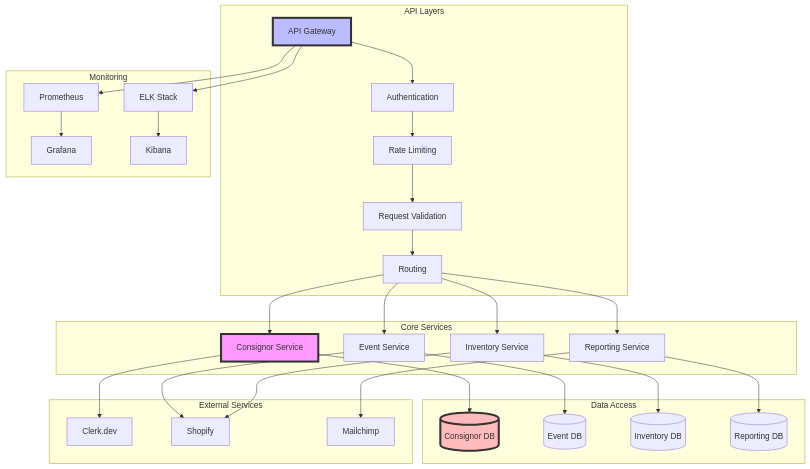
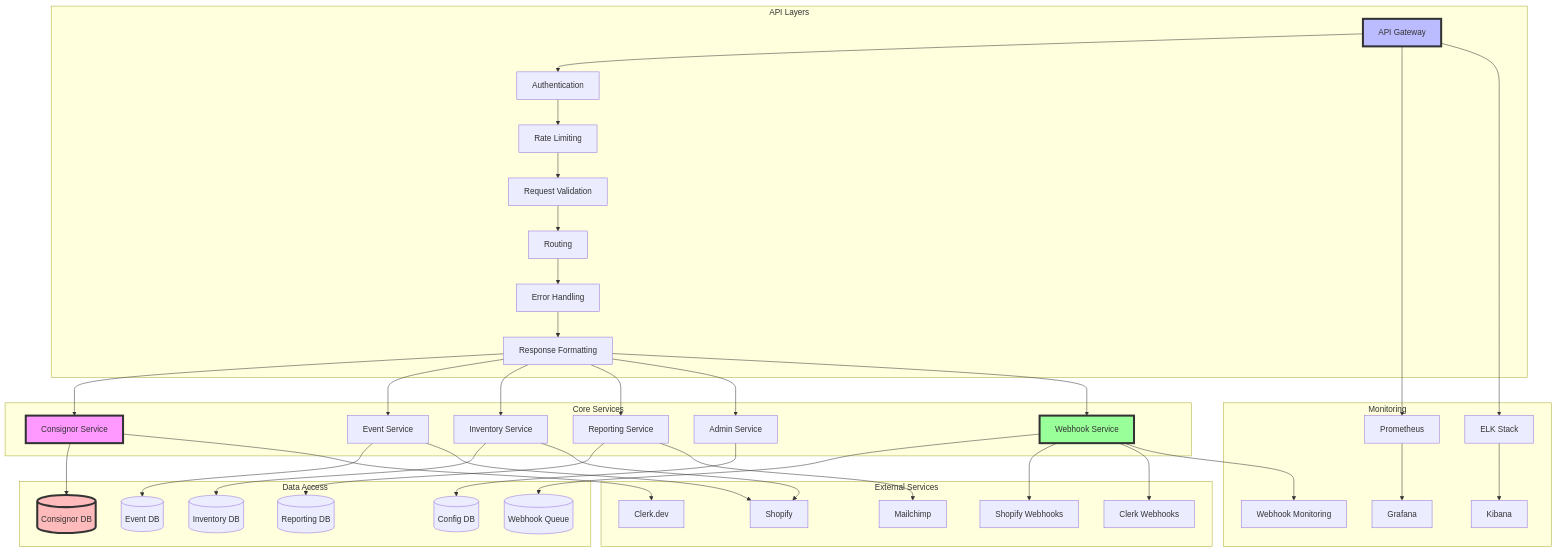
One commit to atEverychance/ProjectCR changed the diagram in docs/diagrams/api-architecture.mmd. Above: the diagram before and after it, drawn with Mermaid. The commit also changed 1 other file, not shown here.

Commit message:
docs: enhance API architecture diagram and update checklist

```diff
--- a/docs/diagrams/api-architecture.mmd
+++ b/docs/diagrams/api-architecture.mmd
@@ -1,39 +1,59 @@
 graph TD
     subgraph "API Layers"
         A[API Gateway] --> B[Authentication]
         B --> C[Rate Limiting]
         C --> D[Request Validation]
         D --> E[Routing]
+        E --> F[Error Handling]
+        F --> G[Response Formatting]
     end
     
     subgraph "Core Services"
-        E --> F[Consignor Service]
-        E --> G[Event Service]
-        E --> H[Inventory Service]
-        E --> I[Reporting Service]
+        G --> H[Consignor Service]
+        G --> I[Event Service]
+        G --> J[Inventory Service]
+        G --> K[Reporting Service]
+        G --> L[Admin Service]
+        G --> M[Webhook Service]
     end
     
     subgraph "Data Access"
-        F --> J[(Consignor DB)]
-        G --> K[(Event DB)]
-        H --> L[(Inventory DB)]
-        I --> M[(Reporting DB)]
+        H --> N[(Consignor DB)]
+        I --> O[(Event DB)]
+        J --> P[(Inventory DB)]
+        K --> Q[(Reporting DB)]
+        L --> R[(Config DB)]
+        M --> S[(Webhook Queue)]
     end
     
     subgraph "External Services"
-        F --> N[Clerk.dev]
-        G --> O[Shopify]
-        H --> O
-        I --> P[Mailchimp]
+        H --> T[Clerk.dev]
+        I --> U[Shopify]
+        J --> U
+        K --> V[Mailchimp]
+        M --> W[Shopify Webhooks]
+        M --> X[Clerk Webhooks]
     end
     
     subgraph "Monitoring"
-        Q[Prometheus] --> R[Grafana]
-        S[ELK Stack] --> T[Kibana]
-        A --> Q
-        A --> S
+        Y[Prometheus] --> Z[Grafana]
+        AA[ELK Stack] --> AB[Kibana]
+        A --> Y
+        A --> AA
+        M --> AC[Webhook Monitoring]
     end
     
     style A fill:#bbf,stroke:#333,stroke-width:4px
-    style F fill:#f9f,stroke:#333,stroke-width:4px
-    style J fill:#fbb,stroke:#333,stroke-width:4px
+    style H fill:#f9f,stroke:#333,stroke-width:4px
+    style N fill:#fbb,stroke:#333,stroke-width:4px
+    style M fill:#9f9,stroke:#333,stroke-width:4px
+    
+    classDef gateway fill:#bbf,stroke:#333,stroke-width:4px
+    classDef service fill:#f9f,stroke:#333,stroke-width:4px
+    classDef database fill:#fbb,stroke:#333,stroke-width:4px
+    classDef webhook fill:#9f9,stroke:#333,stroke-width:4px
+    
+    class A gateway
+    class H service
+    class N database
+    class M webhook
```
